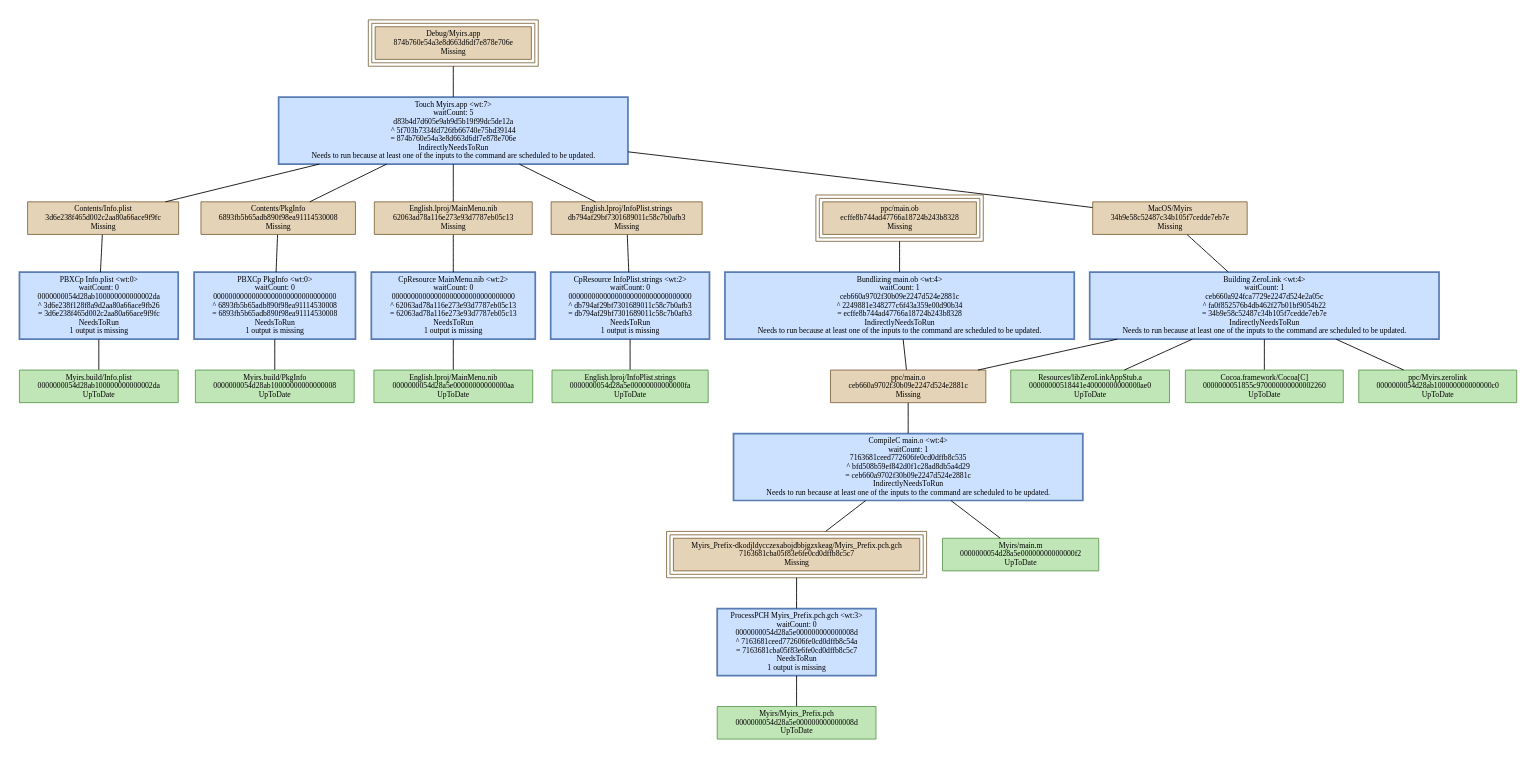
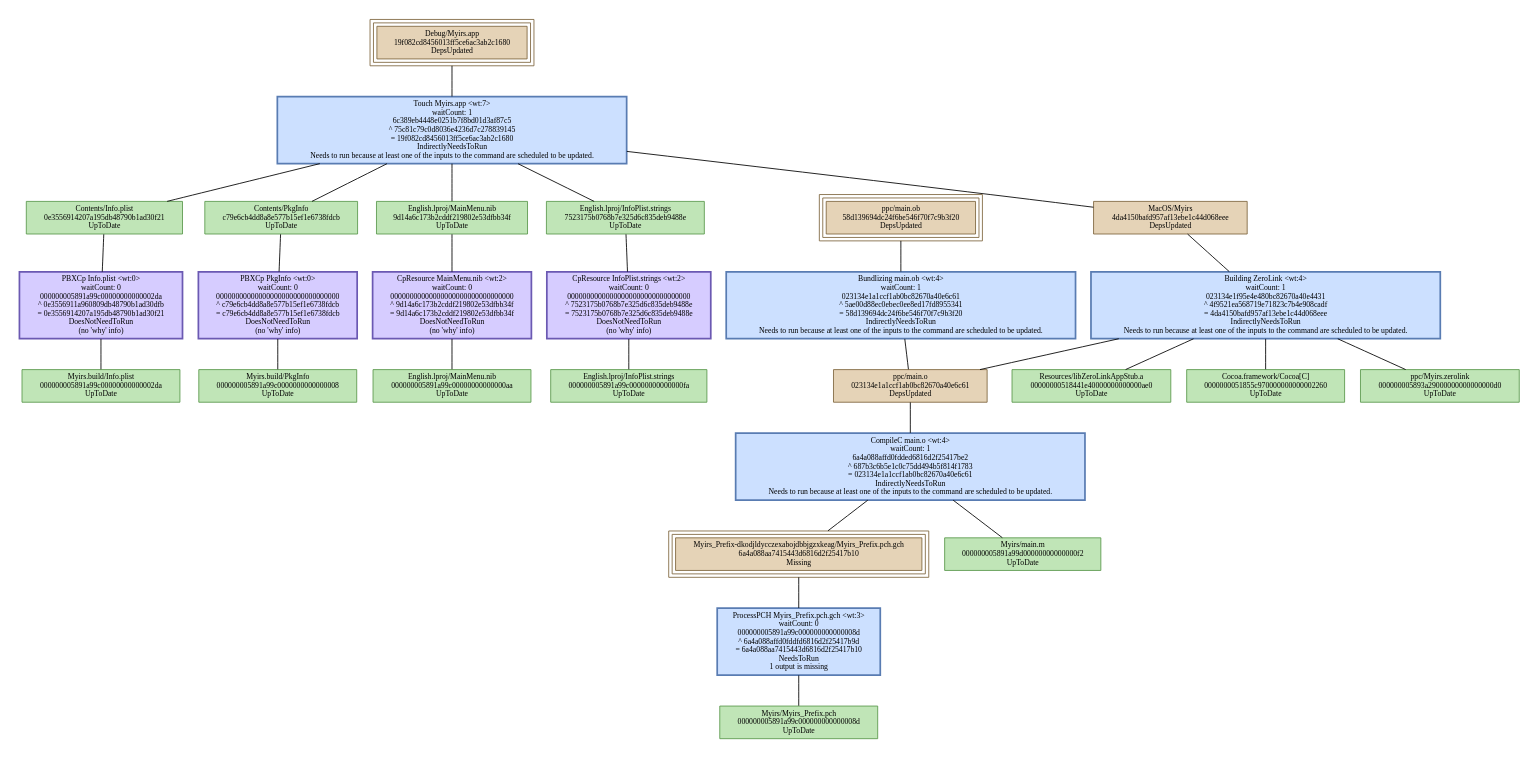
Before and after one commit to jreus/imac: the diagram in Cocoa/Myirs/build/Myirs.build/Debug/Myirs.build/Myirs-before.dot, drawn with Graphviz. The commit also changed 93 other files, not shown here.

Commit message:
cocoa build files, new applescript info, archive of screenshots

```diff
--- a/Cocoa/Myirs/build/Myirs.build/Debug/Myirs.build/Myirs-before.dot
+++ b/Cocoa/Myirs/build/Myirs.build/Debug/Myirs.build/Myirs-before.dot
@@ -1,57 +1,57 @@
 digraph Myirs {
    size = "10.000000,8.500000";
    concentrate = false;
 
    node [ shape = box, style = filled, color = "0.3 0.5 0.6", fillcolor = "0.3 0.2 0.9", fontname = "Monaco", fontsize = "9" ];
-   n00001 [ label = "Debug/Myirs.app\n874b760e54a3e8d663d6df7e878e706e\nMissing", color = "0.1 0.5 0.5", fillcolor = "0.1 0.2 0.9", peripheries = 3 ];
-   n00002 [ label = "Contents/Info.plist\n3d6e238f465d002c2aa80a66ace9f9fc\nMissing", color = "0.1 0.5 0.5", fillcolor = "0.1 0.2 0.9" ];
-   n00003 [ label = "Myirs.build/Info.plist\n0000000054d28ab100000000000002da\nUpToDate" ];
-   n00004 [ label = "Contents/PkgInfo\n6893fb5b65adb890f98ea91114530008\nMissing", color = "0.1 0.5 0.5", fillcolor = "0.1 0.2 0.9" ];
-   n00005 [ label = "Myirs.build/PkgInfo\n0000000054d28ab10000000000000008\nUpToDate" ];
-   n00006 [ label = "English.lproj/MainMenu.nib\n62063ad78a116e273e93d7787eb05c13\nMissing", color = "0.1 0.5 0.5", fillcolor = "0.1 0.2 0.9" ];
-   n00007 [ label = "English.lproj/MainMenu.nib\n0000000054d28a5e00000000000000aa\nUpToDate" ];
-   n00008 [ label = "English.lproj/InfoPlist.strings\ndb794af29bf7301689011c58c7b0afb3\nMissing", color = "0.1 0.5 0.5", fillcolor = "0.1 0.2 0.9" ];
-   n00009 [ label = "English.lproj/InfoPlist.strings\n0000000054d28a5e00000000000000fa\nUpToDate" ];
-   n00010 [ label = "ppc/main.o\nceb660a9702f30b09e2247d524e2881c\nMissing", color = "0.1 0.5 0.5", fillcolor = "0.1 0.2 0.9" ];
-   n00011 [ label = "Myirs/Myirs_Prefix.pch\n0000000054d28a5e000000000000008d\nUpToDate" ];
-   n00012 [ label = "Myirs_Prefix-dkodjldycczexabojdbbjgzxkeag/Myirs_Prefix.pch.gch\n7163681cba05f83e6fe0cd0dffb8c5c7\nMissing", color = "0.1 0.5 0.5", fillcolor = "0.1 0.2 0.9", peripheries = 3 ];
-   n00013 [ label = "Myirs/main.m\n0000000054d28a5e00000000000000f2\nUpToDate" ];
-   n00014 [ label = "MacOS/Myirs\n34b9e58c52487c34b105f7cedde7eb7e\nMissing", color = "0.1 0.5 0.5", fillcolor = "0.1 0.2 0.9" ];
-   n00015 [ label = "ppc/main.ob\necffe8b744ad47766a18724b243b8328\nMissing", color = "0.1 0.5 0.5", fillcolor = "0.1 0.2 0.9", peripheries = 3 ];
+   n00001 [ label = "Debug/Myirs.app\n19f082cd8456013ff5ce6ac3ab2c1680\nDepsUpdated", color = "0.1 0.5 0.5", fillcolor = "0.1 0.2 0.9", peripheries = 3 ];
+   n00002 [ label = "Contents/Info.plist\n0e3556914207a195db48790b1ad30f21\nUpToDate" ];
+   n00003 [ label = "Myirs.build/Info.plist\n000000005891a99c00000000000002da\nUpToDate" ];
+   n00004 [ label = "Contents/PkgInfo\nc79e6cb4dd8a8e577b15ef1e6738fdcb\nUpToDate" ];
+   n00005 [ label = "Myirs.build/PkgInfo\n000000005891a99c0000000000000008\nUpToDate" ];
+   n00006 [ label = "English.lproj/MainMenu.nib\n9d14a6c173b2cddf219802e53dfbb34f\nUpToDate" ];
+   n00007 [ label = "English.lproj/MainMenu.nib\n000000005891a99c00000000000000aa\nUpToDate" ];
+   n00008 [ label = "English.lproj/InfoPlist.strings\n7523175b0768b7e325d6c835deb9488e\nUpToDate" ];
+   n00009 [ label = "English.lproj/InfoPlist.strings\n000000005891a99c00000000000000fa\nUpToDate" ];
+   n00010 [ label = "ppc/main.o\n023134e1a1ccf1ab0bc82670a40e6c61\nDepsUpdated", color = "0.1 0.5 0.5", fillcolor = "0.1 0.2 0.9" ];
+   n00011 [ label = "Myirs/Myirs_Prefix.pch\n000000005891a99c000000000000008d\nUpToDate" ];
+   n00012 [ label = "Myirs_Prefix-dkodjldycczexabojdbbjgzxkeag/Myirs_Prefix.pch.gch\n6a4a088aa7415443d6816d2f25417b10\nMissing", color = "0.1 0.5 0.5", fillcolor = "0.1 0.2 0.9", peripheries = 3 ];
+   n00013 [ label = "Myirs/main.m\n000000005891a99d00000000000000f2\nUpToDate" ];
+   n00014 [ label = "MacOS/Myirs\n4da4150bafd957af13ebe1c44d068eee\nDepsUpdated", color = "0.1 0.5 0.5", fillcolor = "0.1 0.2 0.9" ];
+   n00015 [ label = "ppc/main.ob\n58d139694dc24f6be546f70f7c9b3f20\nDepsUpdated", color = "0.1 0.5 0.5", fillcolor = "0.1 0.2 0.9", peripheries = 3 ];
    n00016 [ label = "Resources/libZeroLinkAppStub.a\n00000000518441e40000000000000ae0\nUpToDate" ];
    n00017 [ label = "Cocoa.framework/Cocoa[C]\n0000000051855c970000000000002260\nUpToDate" ];
-   n00018 [ label = "ppc/Myirs.zerolink\n0000000054d28ab100000000000000c0\nUpToDate" ];
+   n00018 [ label = "ppc/Myirs.zerolink\n000000005893a29000000000000000d0\nUpToDate" ];
 
    node [ shape = box, style = "filled,bold", color = "0.7 0.5 0.7", fillcolor = "0.7 0.2 1.0", fontname = "Monaco", fontsize = "9" ];
-   c00001 [ label = "PBXCp Info.plist <wt:0>\nwaitCount: 0\n0000000054d28ab100000000000002da\n^ 3d6e238f128f8a9d2aa80a66ace9fb26\n= 3d6e238f465d002c2aa80a66ace9f9fc\nNeedsToRun\n1 output is missing", color = "0.6 0.5 0.7", fillcolor = "0.6 0.2 1.0" ];
-   c00002 [ label = "PBXCp PkgInfo <wt:0>\nwaitCount: 0\n00000000000000000000000000000000\n^ 6893fb5b65adb890f98ea91114530008\n= 6893fb5b65adb890f98ea91114530008\nNeedsToRun\n1 output is missing", color = "0.6 0.5 0.7", fillcolor = "0.6 0.2 1.0" ];
-   c00003 [ label = "CpResource MainMenu.nib <wt:2>\nwaitCount: 0\n00000000000000000000000000000000\n^ 62063ad78a116e273e93d7787eb05c13\n= 62063ad78a116e273e93d7787eb05c13\nNeedsToRun\n1 output is missing", color = "0.6 0.5 0.7", fillcolor = "0.6 0.2 1.0" ];
-   c00004 [ label = "CpResource InfoPlist.strings <wt:2>\nwaitCount: 0\n00000000000000000000000000000000\n^ db794af29bf7301689011c58c7b0afb3\n= db794af29bf7301689011c58c7b0afb3\nNeedsToRun\n1 output is missing", color = "0.6 0.5 0.7", fillcolor = "0.6 0.2 1.0" ];
-   c00005 [ label = "CompileC main.o <wt:4>\nwaitCount: 1\n7163681ceed772606fe0cd0dffb8c535\n^ bfd508b59ef842d0f1c28ad8db5a4d29\n= ceb660a9702f30b09e2247d524e2881c\nIndirectlyNeedsToRun\nNeeds to run because at least one of the inputs to the command are scheduled to be updated.", color = "0.6 0.5 0.7", fillcolor = "0.6 0.2 1.0" ];
-   c00006 [ label = "ProcessPCH Myirs_Prefix.pch.gch <wt:3>\nwaitCount: 0\n0000000054d28a5e000000000000008d\n^ 7163681ceed772606fe0cd0dffb8c54a\n= 7163681cba05f83e6fe0cd0dffb8c5c7\nNeedsToRun\n1 output is missing", color = "0.6 0.5 0.7", fillcolor = "0.6 0.2 1.0" ];
-   c00007 [ label = "Bundlizing main.ob <wt:4>\nwaitCount: 1\nceb660a9702f30b09e2247d524e2881c\n^ 2249881e348277c6f43a359e00d90b34\n= ecffe8b744ad47766a18724b243b8328\nIndirectlyNeedsToRun\nNeeds to run because at least one of the inputs to the command are scheduled to be updated.", color = "0.6 0.5 0.7", fillcolor = "0.6 0.2 1.0" ];
-   c00008 [ label = "Building ZeroLink <wt:4>\nwaitCount: 1\nceb660a924fca7729e2247d524e2a05c\n^ fa0f852576b4db462f27b01bf9054b22\n= 34b9e58c52487c34b105f7cedde7eb7e\nIndirectlyNeedsToRun\nNeeds to run because at least one of the inputs to the command are scheduled to be updated.", color = "0.6 0.5 0.7", fillcolor = "0.6 0.2 1.0" ];
-   c00009 [ label = "Touch Myirs.app <wt:7>\nwaitCount: 5\nd83b4d7d605e9ab9d5b19f99dc5de12a\n^ 5f703b7334fd726fb66740e75bd39144\n= 874b760e54a3e8d663d6df7e878e706e\nIndirectlyNeedsToRun\nNeeds to run because at least one of the inputs to the command are scheduled to be updated.", color = "0.6 0.5 0.7", fillcolor = "0.6 0.2 1.0" ];
+   c00001 [ label = "PBXCp Info.plist <wt:0>\nwaitCount: 0\n000000005891a99c00000000000002da\n^ 0e3556911a960809db48790b1ad30dfb\n= 0e3556914207a195db48790b1ad30f21\nDoesNotNeedToRun\n(no 'why' info)" ];
+   c00002 [ label = "PBXCp PkgInfo <wt:0>\nwaitCount: 0\n00000000000000000000000000000000\n^ c79e6cb4dd8a8e577b15ef1e6738fdcb\n= c79e6cb4dd8a8e577b15ef1e6738fdcb\nDoesNotNeedToRun\n(no 'why' info)" ];
+   c00003 [ label = "CpResource MainMenu.nib <wt:2>\nwaitCount: 0\n00000000000000000000000000000000\n^ 9d14a6c173b2cddf219802e53dfbb34f\n= 9d14a6c173b2cddf219802e53dfbb34f\nDoesNotNeedToRun\n(no 'why' info)" ];
+   c00004 [ label = "CpResource InfoPlist.strings <wt:2>\nwaitCount: 0\n00000000000000000000000000000000\n^ 7523175b0768b7e325d6c835deb9488e\n= 7523175b0768b7e325d6c835deb9488e\nDoesNotNeedToRun\n(no 'why' info)" ];
+   c00005 [ label = "CompileC main.o <wt:4>\nwaitCount: 1\n6a4a088affd0fdded6816d2f25417be2\n^ 687b3c6b5e1c0c75dd494b5f814f1783\n= 023134e1a1ccf1ab0bc82670a40e6c61\nIndirectlyNeedsToRun\nNeeds to run because at least one of the inputs to the command are scheduled to be updated.", color = "0.6 0.5 0.7", fillcolor = "0.6 0.2 1.0" ];
+   c00006 [ label = "ProcessPCH Myirs_Prefix.pch.gch <wt:3>\nwaitCount: 0\n000000005891a99c000000000000008d\n^ 6a4a088affd0fddfd6816d2f25417b9d\n= 6a4a088aa7415443d6816d2f25417b10\nNeedsToRun\n1 output is missing", color = "0.6 0.5 0.7", fillcolor = "0.6 0.2 1.0" ];
+   c00007 [ label = "Bundlizing main.ob <wt:4>\nwaitCount: 1\n023134e1a1ccf1ab0bc82670a40e6c61\n^ 5ae00d88ec0ebec0ee8ed17fd8955341\n= 58d139694dc24f6be546f70f7c9b3f20\nIndirectlyNeedsToRun\nNeeds to run because at least one of the inputs to the command are scheduled to be updated.", color = "0.6 0.5 0.7", fillcolor = "0.6 0.2 1.0" ];
+   c00008 [ label = "Building ZeroLink <wt:4>\nwaitCount: 1\n023134e1f95e4e480bc82670a40e4431\n^ 4f9521ea568719e71823c7b4e908cadf\n= 4da4150bafd957af13ebe1c44d068eee\nIndirectlyNeedsToRun\nNeeds to run because at least one of the inputs to the command are scheduled to be updated.", color = "0.6 0.5 0.7", fillcolor = "0.6 0.2 1.0" ];
+   c00009 [ label = "Touch Myirs.app <wt:7>\nwaitCount: 1\n6c389eb4448e0251b7f8bd01d3af87c5\n^ 75c81c79c0d8036e4236d7c278839145\n= 19f082cd8456013ff5ce6ac3ab2c1680\nIndirectlyNeedsToRun\nNeeds to run because at least one of the inputs to the command are scheduled to be updated.", color = "0.6 0.5 0.7", fillcolor = "0.6 0.2 1.0" ];
 
    edge [ style = solid, color = black, arrowhead = none, arrowtail = normal ];
    n00001 -> { c00009 };
    n00002 -> { c00001 };
    n00004 -> { c00002 };
    n00006 -> { c00003 };
    n00008 -> { c00004 };
    n00010 -> { c00005 };
    n00012 -> { c00006 };
    n00014 -> { c00008 };
    n00015 -> { c00007 };
    c00001 -> { n00003 };
    c00002 -> { n00005 n00005 };
    c00003 -> { n00007 n00007 };
    c00004 -> { n00009 n00009 };
    c00005 -> { n00012 n00013 };
    c00006 -> { n00011 };
    c00007 -> { n00010 };
    c00008 -> { n00010 n00016 n00017 n00018 };
    c00009 -> { n00002 n00004 n00006 n00008 n00014 };
 
    edge [ style = solid, color = gray60, arrowhead = none, arrowtail = normal ];
 }
```
